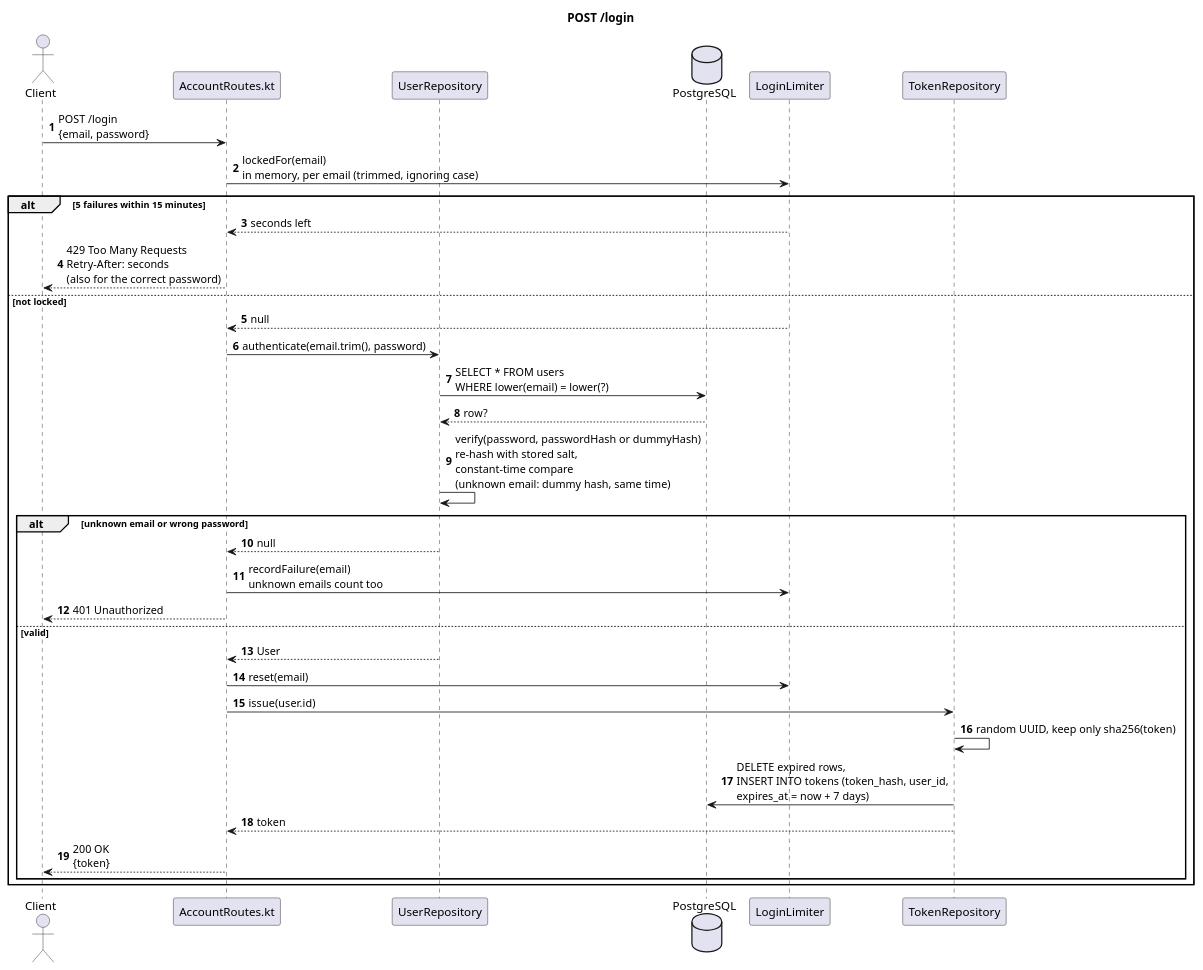
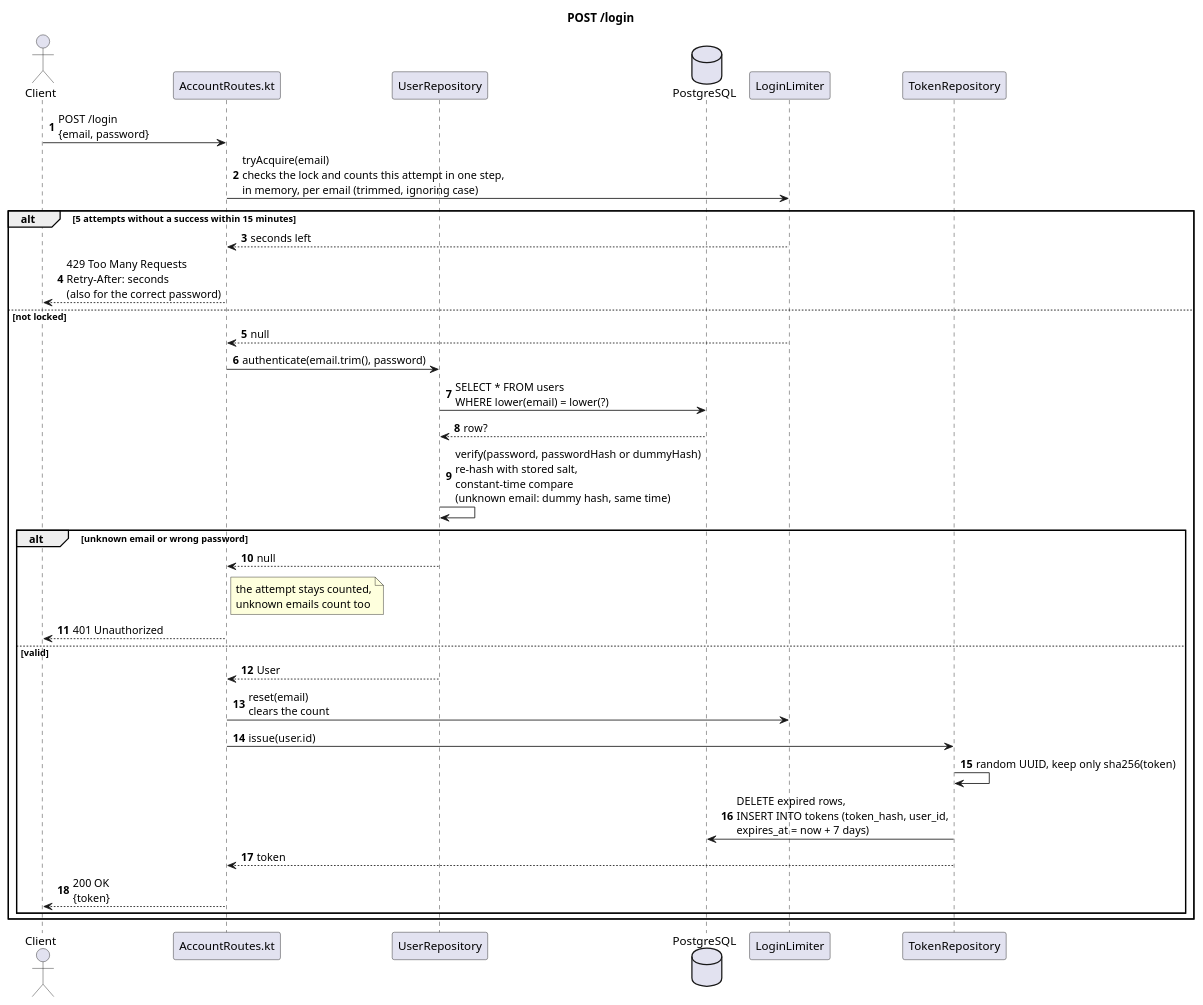
One commit to Rent-a-car-38291/rent-a-car changed the diagram in docs/diagrams/sequence-login.puml. Above: the diagram before and after it, drawn with PlantUML. The commit also changed 1 other file, not shown here.

Commit message:
Show the atomic attempt count in the login diagram

```diff
--- a/docs/diagrams/sequence-login.puml
+++ b/docs/diagrams/sequence-login.puml
@@ -1,40 +1,40 @@
 @startuml
 title POST /login
 autonumber
 
 actor Client
 participant "AccountRoutes.kt" as Route
 participant UserRepository
 database PostgreSQL
 participant LoginLimiter
 participant TokenRepository
 
 Client -> Route : POST /login\n{email, password}
-Route -> LoginLimiter : lockedFor(email)\nin memory, per email (trimmed, ignoring case)
+Route -> LoginLimiter : tryAcquire(email)\nchecks the lock and counts this attempt in one step,\nin memory, per email (trimmed, ignoring case)
 
-alt 5 failures within 15 minutes
+alt 5 attempts without a success within 15 minutes
   LoginLimiter --> Route : seconds left
   Route --> Client : 429 Too Many Requests\nRetry-After: seconds\n(also for the correct password)
 else not locked
 LoginLimiter --> Route : null
 Route -> UserRepository : authenticate(email.trim(), password)
 UserRepository -> PostgreSQL : SELECT * FROM users\nWHERE lower(email) = lower(?)
 PostgreSQL --> UserRepository : row?
 UserRepository -> UserRepository : verify(password, passwordHash or dummyHash)\nre-hash with stored salt,\nconstant-time compare\n(unknown email: dummy hash, same time)
 
 alt unknown email or wrong password
   UserRepository --> Route : null
-  Route -> LoginLimiter : recordFailure(email)\nunknown emails count too
+  note right of Route : the attempt stays counted,\nunknown emails count too
   Route --> Client : 401 Unauthorized
 else valid
   UserRepository --> Route : User
-  Route -> LoginLimiter : reset(email)
+  Route -> LoginLimiter : reset(email)\nclears the count
   Route -> TokenRepository : issue(user.id)
   TokenRepository -> TokenRepository : random UUID, keep only sha256(token)
   TokenRepository -> PostgreSQL : DELETE expired rows,\nINSERT INTO tokens (token_hash, user_id,\nexpires_at = now + 7 days)
   TokenRepository --> Route : token
   Route --> Client : 200 OK\n{token}
 end
 end
 
 @enduml
```
